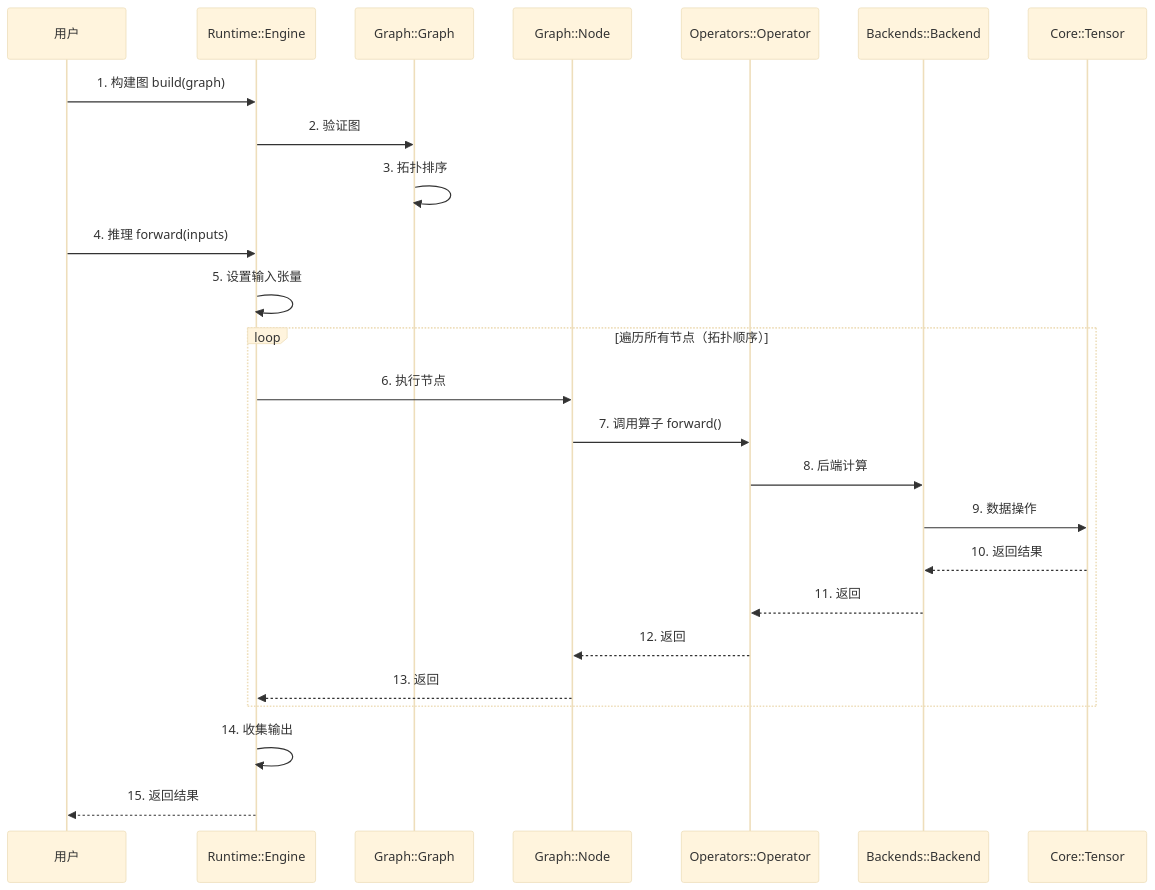
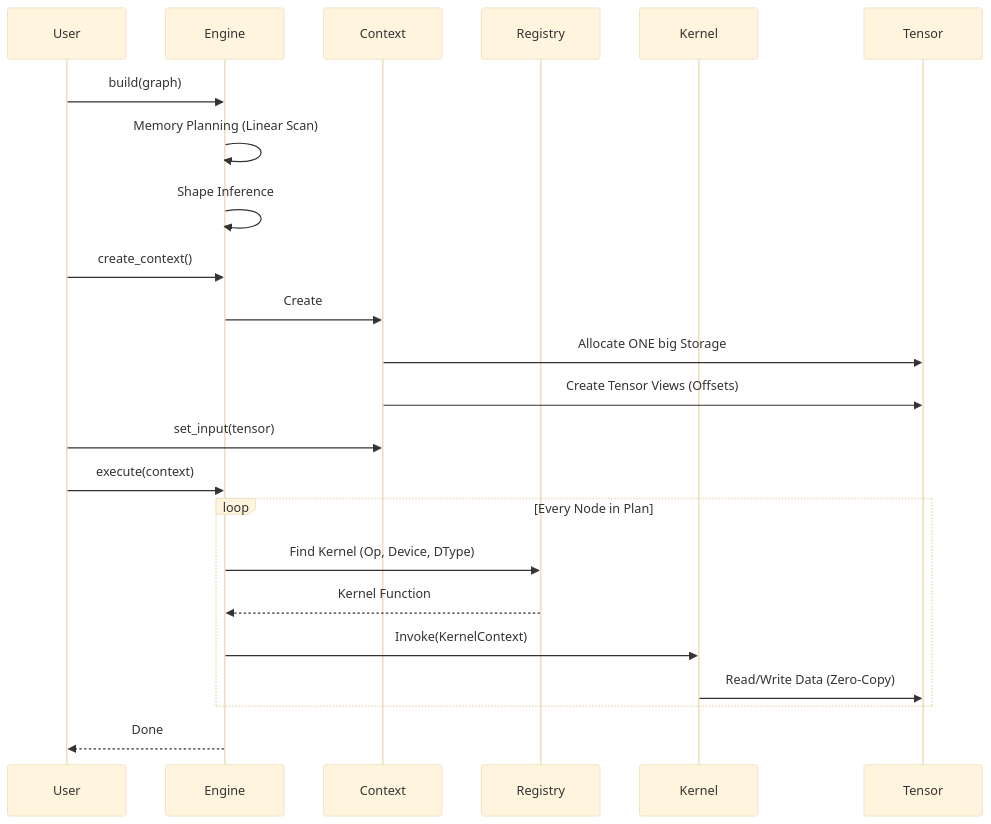
One commit to Aiziyou918/Mini-infer changed the second of 2 diagrams in docs/COMPONENT_DIAGRAM.md. Above: the diagram before and after it, drawn with Mermaid (base theme). The commit also changed other lines of this file and 18 other files, not shown here.

````diff
--- a/docs/COMPONENT_DIAGRAM.md
+++ b/docs/COMPONENT_DIAGRAM.md
@@ -158,31 +99,30 @@
 ```mermaid
 sequenceDiagram
-    participant User as 用户
-    participant Engine as Runtime::Engine
-    participant Graph as Graph::Graph
-    participant Node as Graph::Node
-    participant Operator as Operators::Operator
-    participant Backend as Backends::Backend
-    participant Tensor as Core::Tensor
+    participant User
+    participant Engine
+    participant Context
+    participant Registry
+    participant Kernel
+    participant Tensor
     
-    User->>Engine: 1. 构建图 build(graph)
-    Engine->>Graph: 2. 验证图
-    Graph->>Graph: 3. 拓扑排序
+    User->>Engine: build(graph)
+    Engine->>Engine: Memory Planning (Linear Scan)
+    Engine->>Engine: Shape Inference
     
-    User->>Engine: 4. 推理 forward(inputs)
-    Engine->>Engine: 5. 设置输入张量
+    User->>Engine: create_context()
+    Engine->>Context: Create
+    Context->>Tensor: Allocate ONE big Storage
+    Context->>Tensor: Create Tensor Views (Offsets)
     
-    loop 遍历所有节点（拓扑顺序）
-        Engine->>Node: 6. 执行节点
-        Node->>Operator: 7. 调用算子 forward()
-        Operator->>Backend: 8. 后端计算
-        Backend->>Tensor: 9. 数据操作
-        Tensor-->>Backend: 10. 返回结果
-        Backend-->>Operator: 11. 返回
-        Operator-->>Node: 12. 返回
-        Node-->>Engine: 13. 返回
+    User->>Context: set_input(tensor)
+    User->>Engine: execute(context)
+    
+    loop Every Node in Plan
+        Engine->>Registry: Find Kernel (Op, Device, DType)
+        Registry-->>Engine: Kernel Function
+        Engine->>Kernel: Invoke(KernelContext)
+        Kernel->>Tensor: Read/Write Data (Zero-Copy)
     end
     
-    Engine->>Engine: 14. 收集输出
-    Engine-->>User: 15. 返回结果
+    Engine-->>User: Done
 ```
````
